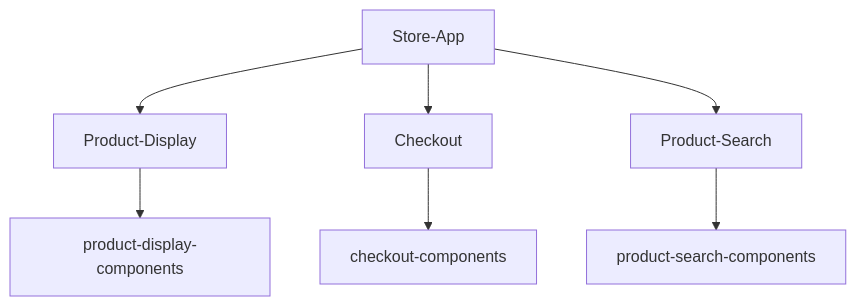
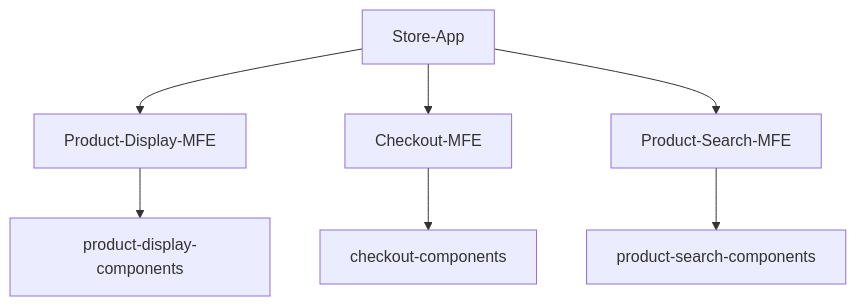
Before and after one commit to jakehova/knowledgedump: the second of 2 diagrams in tech/architecture/micro-front-end/micro-front-end.md, drawn with Mermaid.

````diff
--- a/tech/architecture/micro-front-end/micro-front-end.md
+++ b/tech/architecture/micro-front-end/micro-front-end.md
@@ -12,9 +12,9 @@
 ```mermaid
     graph TD;
-        Store-App-->Product-Display;
-        Product-Display-->product-display-components;
-        Store-App-->Checkout;
-        Checkout-->checkout-components;
-        Store-App-->Product-Search;
-        Product-Search-->product-search-components;
+        Store-App-->Product-Display-MFE;
+        Product-Display-MFE-->product-display-components;
+        Store-App-->Checkout-MFE;
+        Checkout-MFE-->checkout-components;
+        Store-App-->Product-Search-MFE;
+        Product-Search-MFE-->product-search-components;
 ```
````
